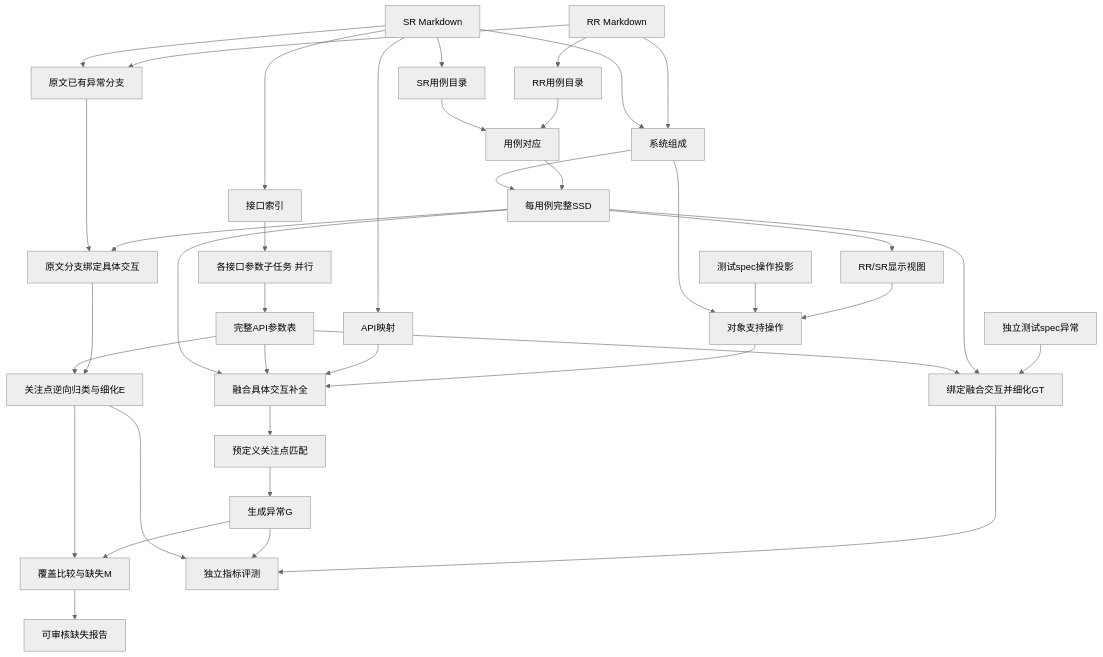
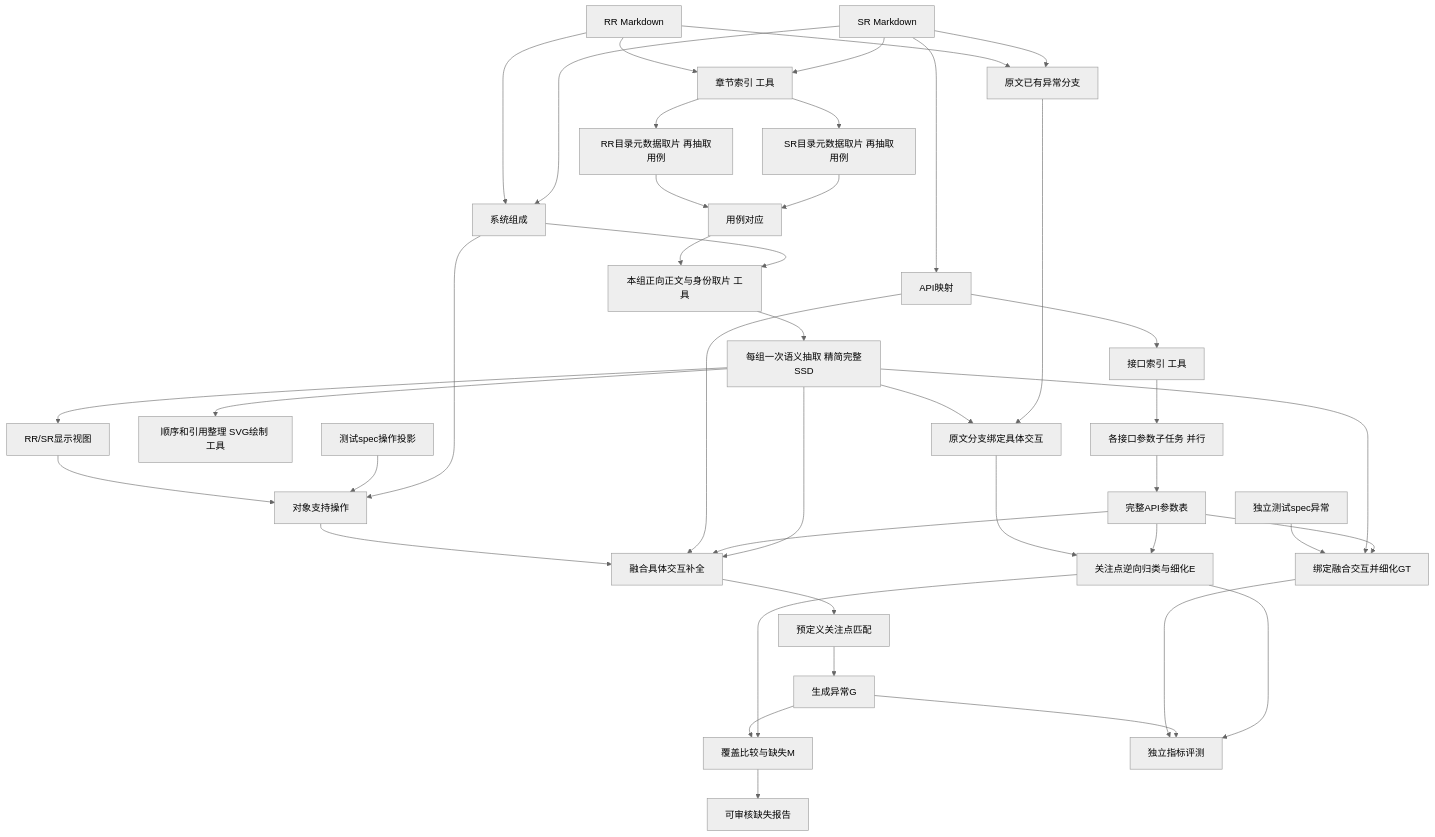
The diagram in docs/scene-workflow-v3/workflow-map.md (Yangkailiang1/Scene_Completion), drawn with Mermaid (neutral theme) before and after one commit. The commit also changed 45 other files, not shown here.

````diff
--- a/docs/scene-workflow-v3/workflow-map.md
+++ b/docs/scene-workflow-v3/workflow-map.md
@@ -3,40 +3,44 @@
 ```mermaid
 flowchart TD
-  RR[RR Markdown] --> RC[RR用例目录]
-  SR[SR Markdown] --> SC[SR用例目录]
+  RR[RR Markdown] --> IDX[章节索引 工具]
+  SR[SR Markdown] --> IDX
+  IDX --> RC[RR目录元数据取片 再抽取用例]
+  IDX --> SC[SR目录元数据取片 再抽取用例]
   RR --> C[系统组成]
   SR --> C
   SR --> AM[API映射]
-  SR --> AI[接口索引]
+  AM --> AI[接口索引 工具]
   AI --> P[各接口参数子任务 并行]
   P --> AP[完整API参数表]
   RR --> EB[原文已有异常分支]
   SR --> EB
   RC --> A[用例对应]
   SC --> A
-  A --> F[每用例完整SSD]
-  C --> F
+  A --> CTX[本组正向正文与身份取片 工具]
+  C --> CTX
+  CTX --> F[每组一次语义抽取 精简完整SSD]
+  F --> STR[顺序和引用整理 SVG绘制 工具]
   F --> V[RR/SR显示视图]
   V --> O[对象支持操作]
   T[测试spec操作投影] --> O
   C --> O
   O --> I[融合具体交互补全]
   AM --> I
   AP --> I
   F --> I
   I --> K[预定义关注点匹配]
   K --> G[生成异常G]
   F --> B[原文分支绑定具体交互]
   EB --> B
   B --> E[关注点逆向归类与细化E]
   AP --> E
   G --> M[覆盖比较与缺失M]
   E --> M
   TS[独立测试spec异常] --> GT[绑定融合交互并细化GT]
   F --> GT
   AP --> GT
   GT --> EV[独立指标评测]
   G --> EV
   E --> EV
   M --> R[可审核缺失报告]
 ```
````
